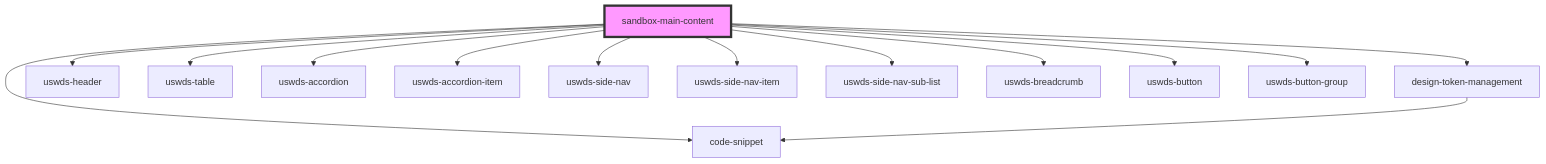
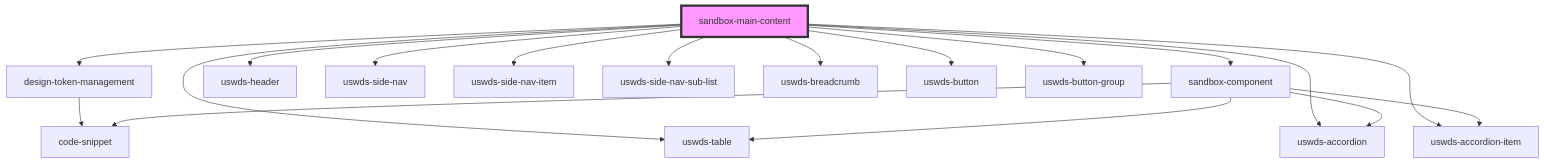
One commit to WeissCenter/uswds-sandbox changed the diagram in packages/weiss-sandbox/src/components/sandbox-main-content/readme.md. Above: the diagram before and after it, drawn with Mermaid. The commit also changed other lines of this file and 9 other files, not shown here.

````diff
--- a/packages/weiss-sandbox/src/components/sandbox-main-content/readme.md
+++ b/packages/weiss-sandbox/src/components/sandbox-main-content/readme.md
@@ -26,17 +26,21 @@
 ```mermaid
 graph TD;
   sandbox-main-content --> design-token-management
+  sandbox-main-content --> sandbox-component
   sandbox-main-content --> uswds-header
-  sandbox-main-content --> uswds-table
-  sandbox-main-content --> uswds-accordion
-  sandbox-main-content --> uswds-accordion-item
-  sandbox-main-content --> code-snippet
   sandbox-main-content --> uswds-side-nav
   sandbox-main-content --> uswds-side-nav-item
   sandbox-main-content --> uswds-side-nav-sub-list
+  sandbox-main-content --> uswds-accordion
+  sandbox-main-content --> uswds-accordion-item
+  sandbox-main-content --> uswds-table
   sandbox-main-content --> uswds-breadcrumb
   sandbox-main-content --> uswds-button
   sandbox-main-content --> uswds-button-group
   design-token-management --> code-snippet
+  sandbox-component --> uswds-table
+  sandbox-component --> uswds-accordion
+  sandbox-component --> uswds-accordion-item
+  sandbox-component --> code-snippet
   style sandbox-main-content fill:#f9f,stroke:#333,stroke-width:4px
 ```
````
